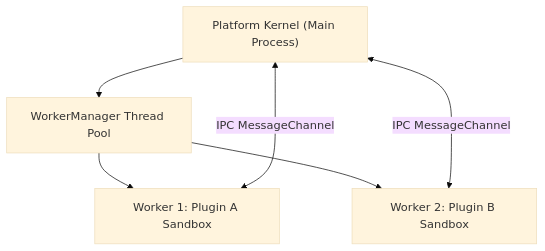
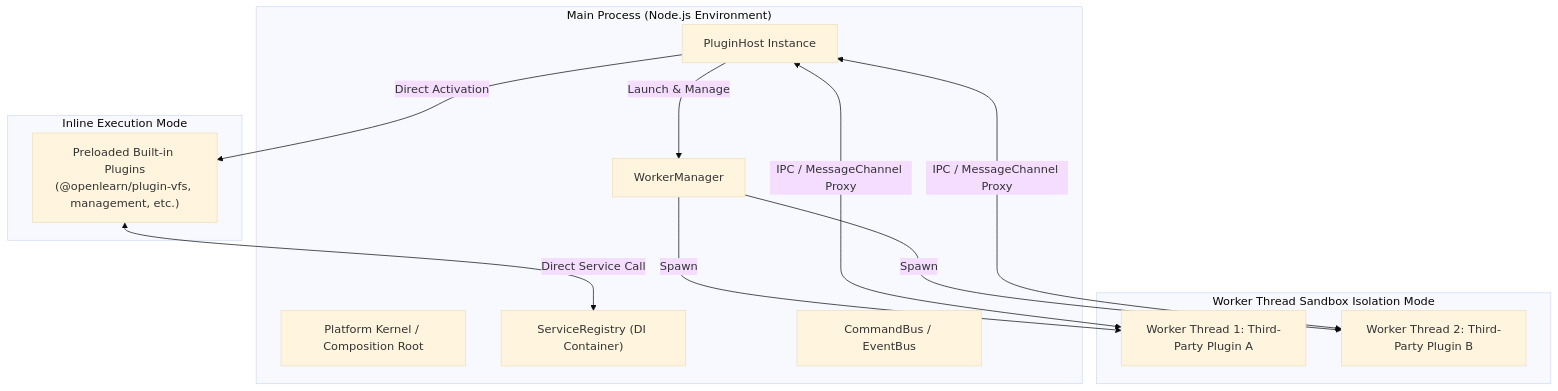
The first of 2 diagrams in docs/plugin/plugin-architecture.md (aymwoo/OpenLearn-Next-V2), drawn with Mermaid (base theme) before and after one commit. The commit also changed other lines of this file and 18 other files, not shown here.

Commit message:
docs(plugin): harmonize host API and platform version to 0.2.3

````diff
--- a/docs/plugin/plugin-architecture.md
+++ b/docs/plugin/plugin-architecture.md
@@ -9,9 +33,29 @@
 ```mermaid
 graph TD
-    Host["Platform Kernel (Main Process)"] --> WM["WorkerManager Thread Pool"]
-    WM --> W1["Worker 1: Plugin A Sandbox"]
-    WM --> W2["Worker 2: Plugin B Sandbox"]
+    subgraph "Main Process (Node.js Environment)"
+        Kernel["Platform Kernel / Composition Root"]
+        PH["PluginHost Instance"]
+        SR["ServiceRegistry (DI Container)"]
+        CB["CommandBus / EventBus"]
+        WM["WorkerManager"]
+    end
+
+    subgraph "Inline Execution Mode"
+        Preloaded["Preloaded Built-in Plugins<br/>(@openlearn/plugin-vfs, management, etc.)"]
+    end
+
+    subgraph "Worker Thread Sandbox Isolation Mode"
+        W1["Worker Thread 1: Third-Party Plugin A"]
+        W2["Worker Thread 2: Third-Party Plugin B"]
+    end
+
+    PH -->|Direct Activation| Preloaded
+    Preloaded <-->|Direct Service Call| SR
     
-    W1 <-->|IPC MessageChannel| Host
-    W2 <-->|IPC MessageChannel| Host
+    PH -->|Launch & Manage| WM
+    WM -->|Spawn| W1
+    WM -->|Spawn| W2
+
+    W1 <-->|IPC / MessageChannel Proxy| PH
+    W2 <-->|IPC / MessageChannel Proxy| PH
 ```
````
